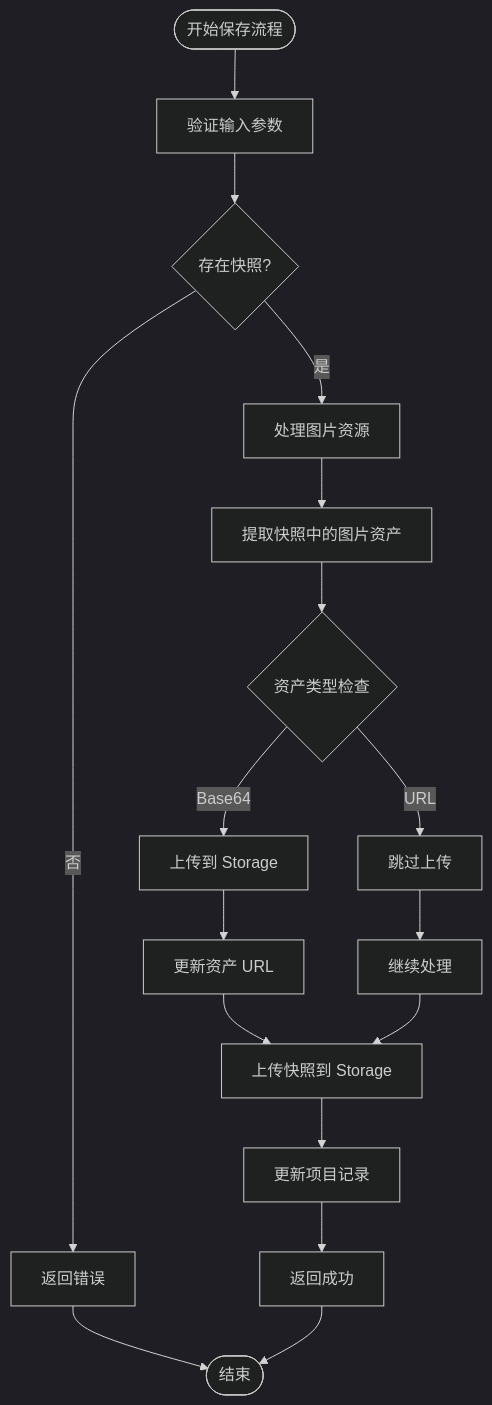
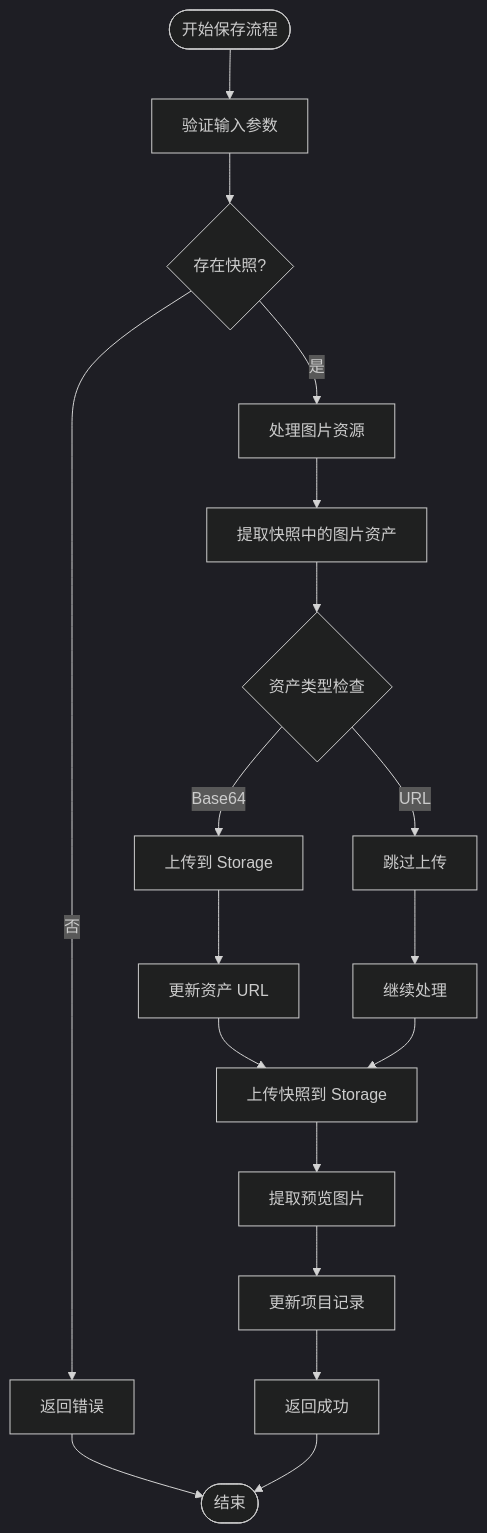
The fifth of 10 diagrams in .qoder/repowiki/zh/content/Database Schema Updates.md (billye220670/BananaFlow2), drawn with Mermaid (dark theme) before and after one commit. The commit also changed other lines of this file and 17 other files, not shown here.

First line of the commit message:
refactor: shimmer单元素架构重构，统一图片URL为Supabase单一来源

````diff
--- a/.qoder/repowiki/zh/content/Database Schema Updates.md
+++ b/.qoder/repowiki/zh/content/Database Schema Updates.md
@@ -208,19 +225,20 @@
 ```mermaid
 flowchart TD
 Start([开始保存流程]) --> ValidateInput[验证输入参数]
 ValidateInput --> CheckSnapshot{存在快照?}
 CheckSnapshot --> |否| ReturnError[返回错误]
 CheckSnapshot --> |是| ProcessAssets[处理图片资源]
 ProcessAssets --> ExtractAssets[提取快照中的图片资产]
 ExtractAssets --> CheckAssetType{资产类型检查}
 CheckAssetType --> |Base64| UploadAsset[上传到 Storage]
 CheckAssetType --> |URL| SkipUpload[跳过上传]
 UploadAsset --> UpdateAssetURL[更新资产 URL]
 SkipUpload --> ContinueProcess[继续处理]
 UpdateAssetURL --> UploadSnapshot[上传快照到 Storage]
 ContinueProcess --> UploadSnapshot
-UploadSnapshot --> UpdateProject[更新项目记录]
+UploadSnapshot --> ExtractPreviewImages[提取预览图片]
+ExtractPreviewImages --> UpdateProject[更新项目记录]
 UpdateProject --> ReturnSuccess[返回成功]
 ReturnError --> End([结束])
 ReturnSuccess --> End
 ```
````
